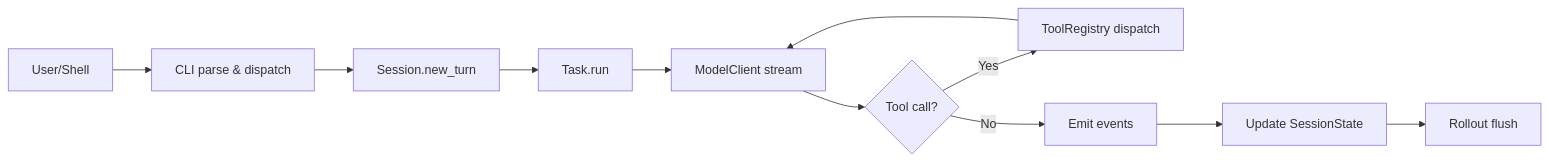
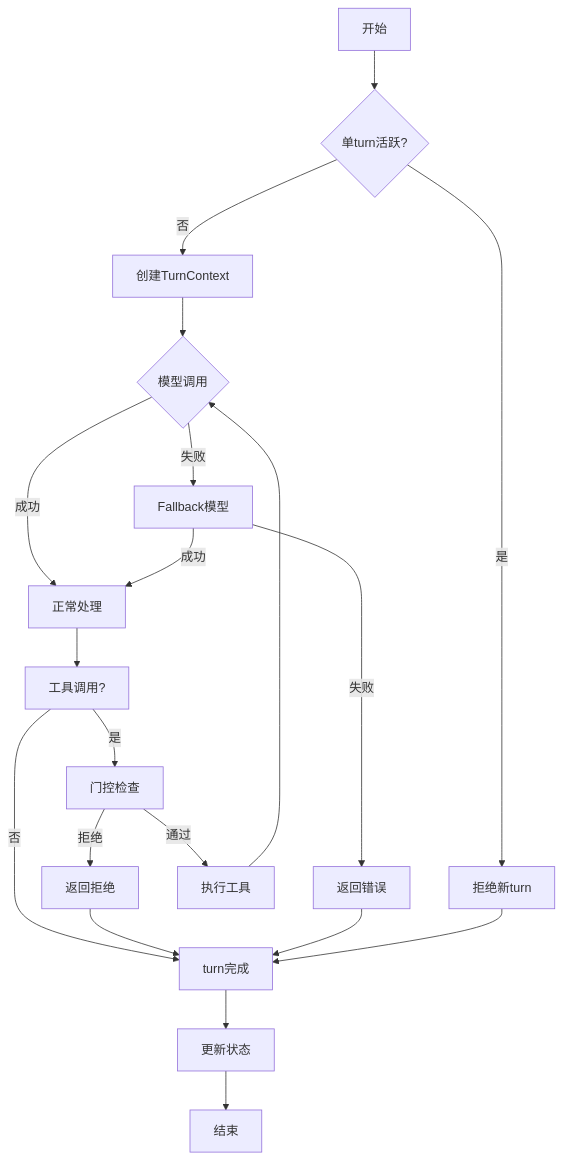
One commit to giraffe-tree/agent-base changed the eighth of 9 diagrams in docs/codex/01-codex-overview.md. Above: the diagram before and after it, drawn with Mermaid. The commit also changed other lines of this file and 155 other files, not shown here.

````diff
--- a/docs/codex/01-codex-overview.md
+++ b/docs/codex/01-codex-overview.md
@@ -186,13 +424,22 @@
 ```mermaid
-flowchart LR
-    A[User/Shell] --> B[CLI parse & dispatch]
-    B --> C[Session.new_turn]
-    C --> D[Task.run]
-    D --> E[ModelClient stream]
-    E --> F{Tool call?}
-    F -->|Yes| G[ToolRegistry dispatch]
-    G --> E
-    F -->|No| H[Emit events]
-    H --> I[Update SessionState]
-    I --> J[Rollout flush]
+flowchart TD
+    A[开始] --> B{单turn活跃?}
+    B -->|是| C[拒绝新turn]
+    B -->|否| D[创建TurnContext]
+    D --> E{模型调用}
+    E -->|成功| F[正常处理]
+    E -->|失败| G[Fallback模型]
+    G -->|成功| F
+    G -->|失败| H[返回错误]
+    F --> I[工具调用?]
+    I -->|是| J[门控检查]
+    J -->|通过| K[执行工具]
+    J -->|拒绝| L[返回拒绝]
+    K --> E
+    I -->|否| M[turn完成]
+    L --> M
+    H --> M
+    C --> M
+    M --> N[更新状态]
+    N --> O[结束]
 ```
````
